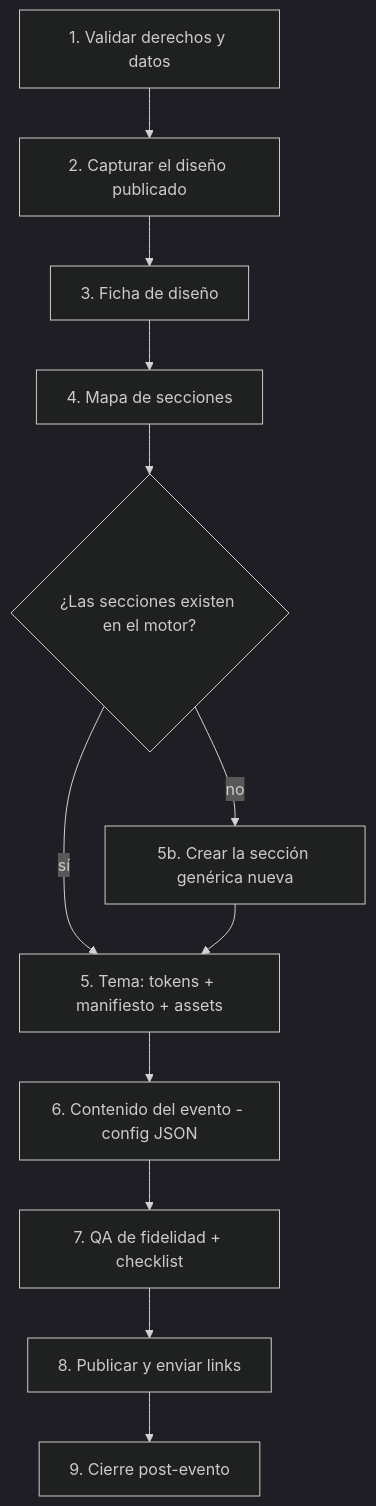
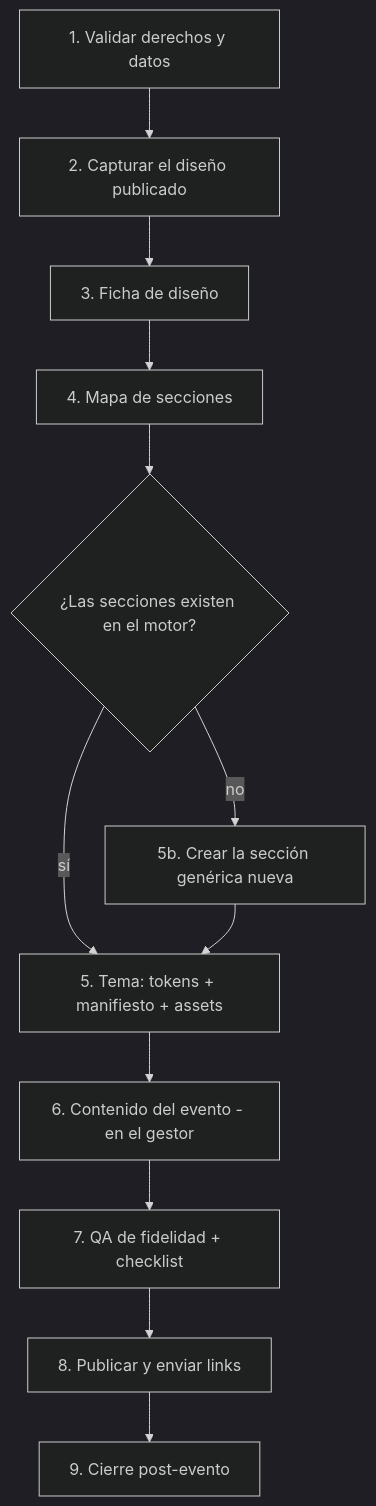
Before and after one commit to rjm019/invitaciones: the diagram in docs/plan-invitaciones/07-proceso-reutilizable/playbook-canva-a-codigo.md, drawn with Mermaid (dark theme). The commit also changed other lines of this file and 35 other files, not shown here.

````diff
--- a/docs/plan-invitaciones/07-proceso-reutilizable/playbook-canva-a-codigo.md
+++ b/docs/plan-invitaciones/07-proceso-reutilizable/playbook-canva-a-codigo.md
@@ -5,14 +5,14 @@
 ```mermaid
 flowchart TD
   A[1. Validar derechos y datos] --> B[2. Capturar el diseño publicado]
   B --> C[3. Ficha de diseño]
   C --> D[4. Mapa de secciones]
   D --> E{¿Las secciones existen en el motor?}
   E -- sí --> F[5. Tema: tokens + manifiesto + assets]
   E -- no --> G[5b. Crear la sección genérica nueva]
   G --> F
-  F --> H[6. Contenido del evento - config JSON]
+  F --> H[6. Contenido del evento - en el gestor]
   H --> I[7. QA de fidelidad + checklist]
   I --> J[8. Publicar y enviar links]
   J --> K[9. Cierre post-evento]
 ```
````
